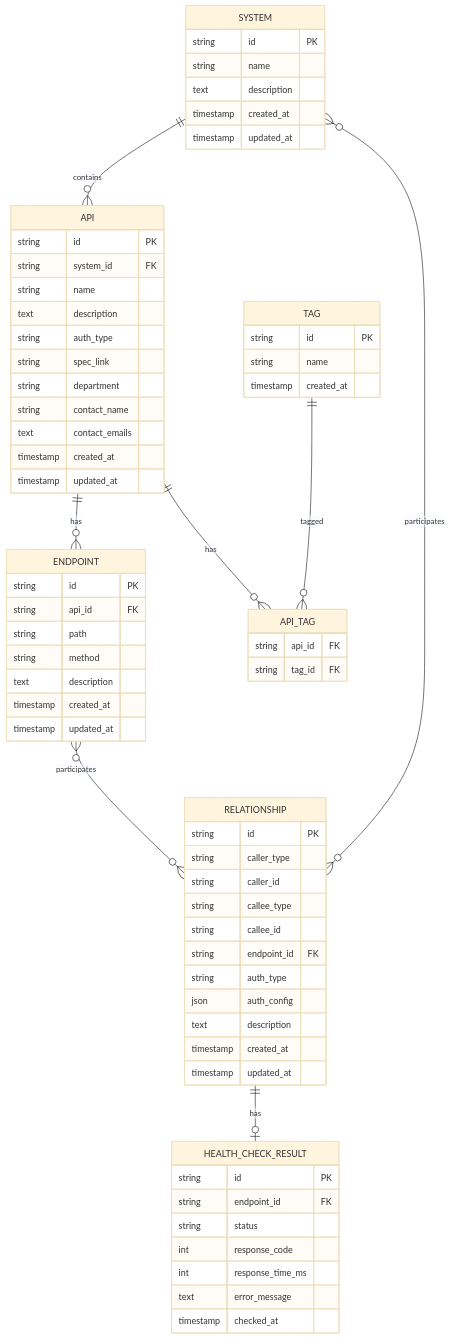
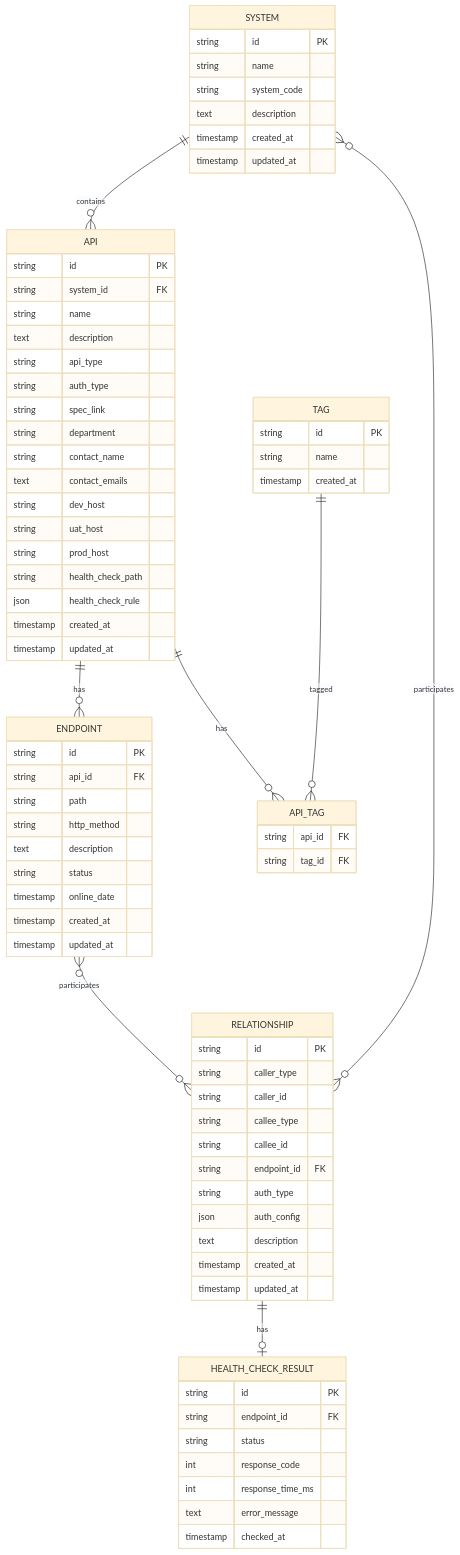
Before and after one commit to LyonYao/api-management-system: the diagram in .kiro/specs/api-management-system/design.md, drawn with Mermaid (base theme). The commit also changed other lines of this file and 66 other files, not shown here.

```diff
--- a/.kiro/specs/api-management-system/design.md
+++ b/.kiro/specs/api-management-system/design.md
@@ -464,6 +464,7 @@
     SYSTEM {
         string id PK
         string name
+        string system_code
         text description
         timestamp created_at
         timestamp updated_at
@@ -474,11 +475,17 @@
         string system_id FK
         string name
         text description
+        string api_type
         string auth_type
         string spec_link
         string department
         string contact_name
         text contact_emails
+        string dev_host
+        string uat_host
+        string prod_host
+        string health_check_path
+        json health_check_rule
         timestamp created_at
         timestamp updated_at
     }
@@ -487,8 +494,10 @@
         string id PK
         string api_id FK
         string path
-        string method
+        string http_method
         text description
+        string status
+        timestamp online_date
         timestamp created_at
         timestamp updated_at
     }
```
